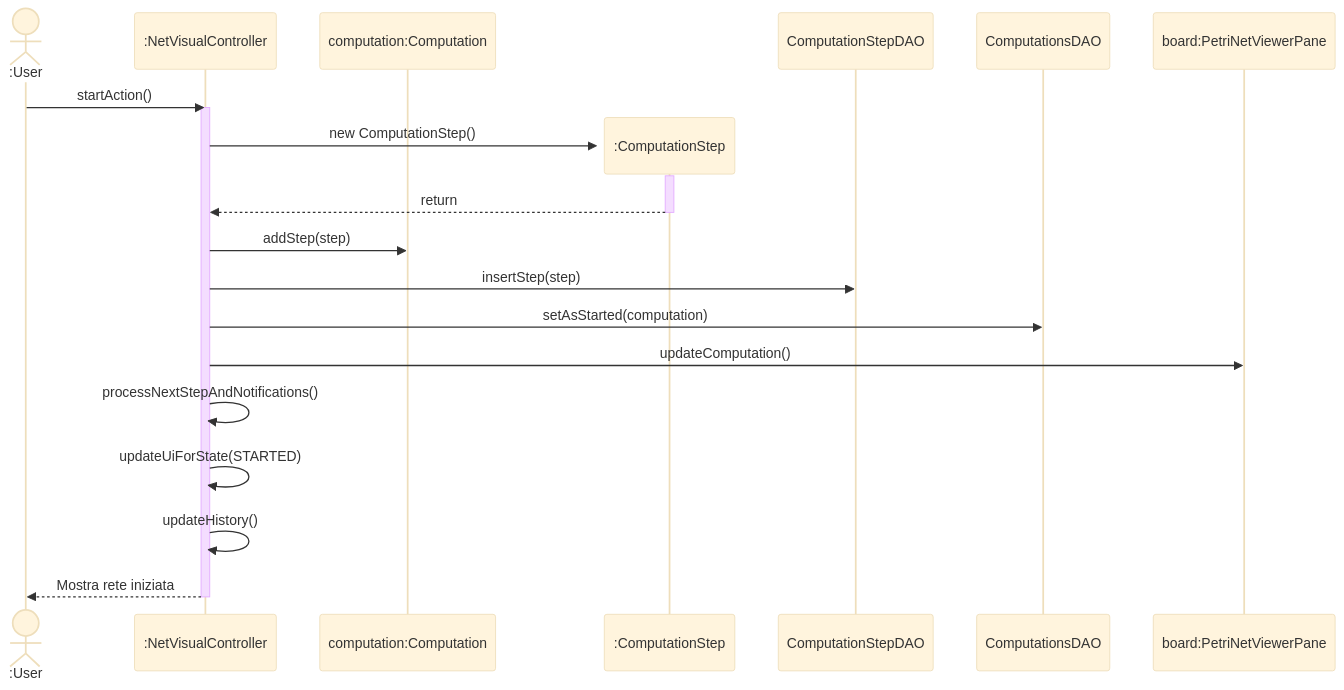
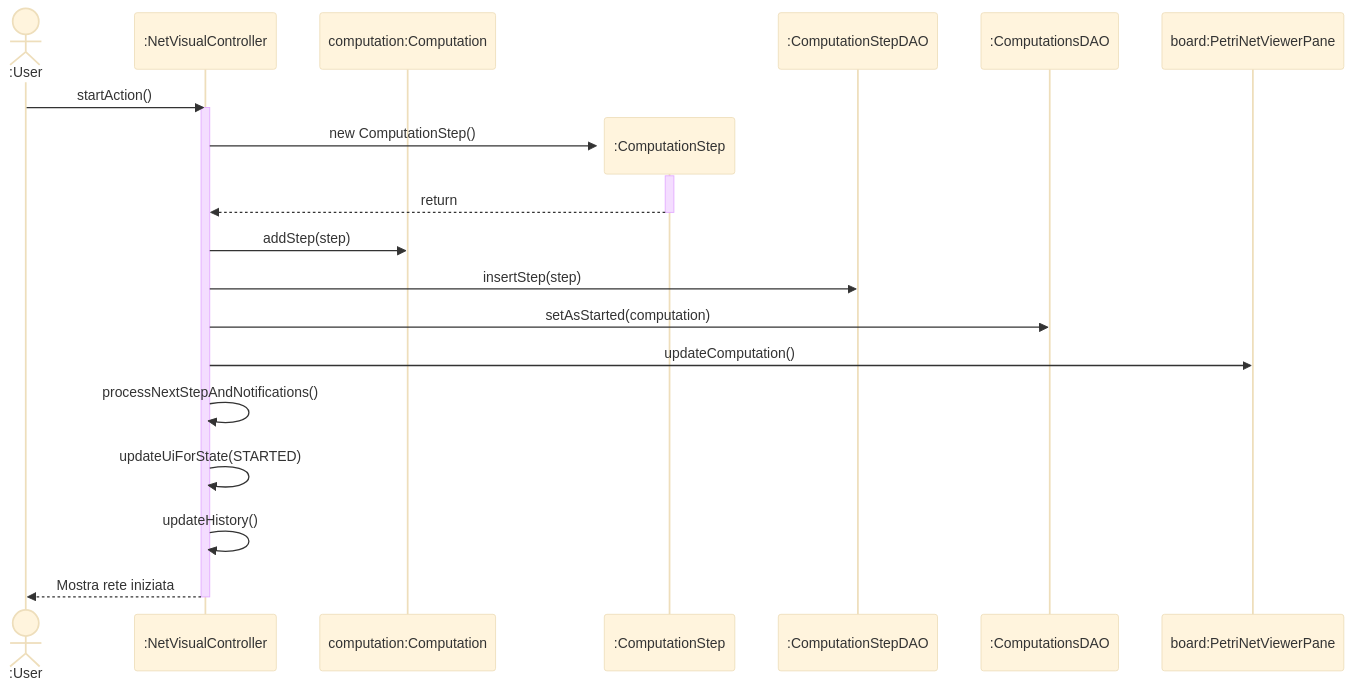
The diagram in docs/SequenceDiagram/Sequence Start.mmd (alessio-vivaldelli/PetriHub), drawn with Mermaid (base theme) before and after one commit. The commit also changed 9 other files, not shown here.

```diff
--- a/docs/SequenceDiagram/Sequence Start.mmd
+++ b/docs/SequenceDiagram/Sequence Start.mmd
@@ -1,25 +1,25 @@
 sequenceDiagram
   actor User as :User
   participant controller as :NetVisualController
   participant a as computation:Computation
 
 
   User ->> controller: startAction()
   activate controller
   create participant step as :ComputationStep
   controller ->>+ step: new ComputationStep()
   step -->>- controller: return
-  participant dao1 as ComputationStepDAO
-  participant dao2 as ComputationsDAO
+  participant dao1 as :ComputationStepDAO
+  participant dao2 as :ComputationsDAO
   controller ->> a: addStep(step)
   controller ->> dao1: insertStep(step)
   controller ->> dao2: setAsStarted(computation)
   participant board as board:PetriNetViewerPane
   controller ->> board:updateComputation()
   controller ->> controller: processNextStepAndNotifications()
   controller ->> controller: updateUiForState(STARTED)
   controller ->> controller: updateHistory()
 
   controller -->> User: Mostra rete iniziata 
 
   deactivate controller
```
